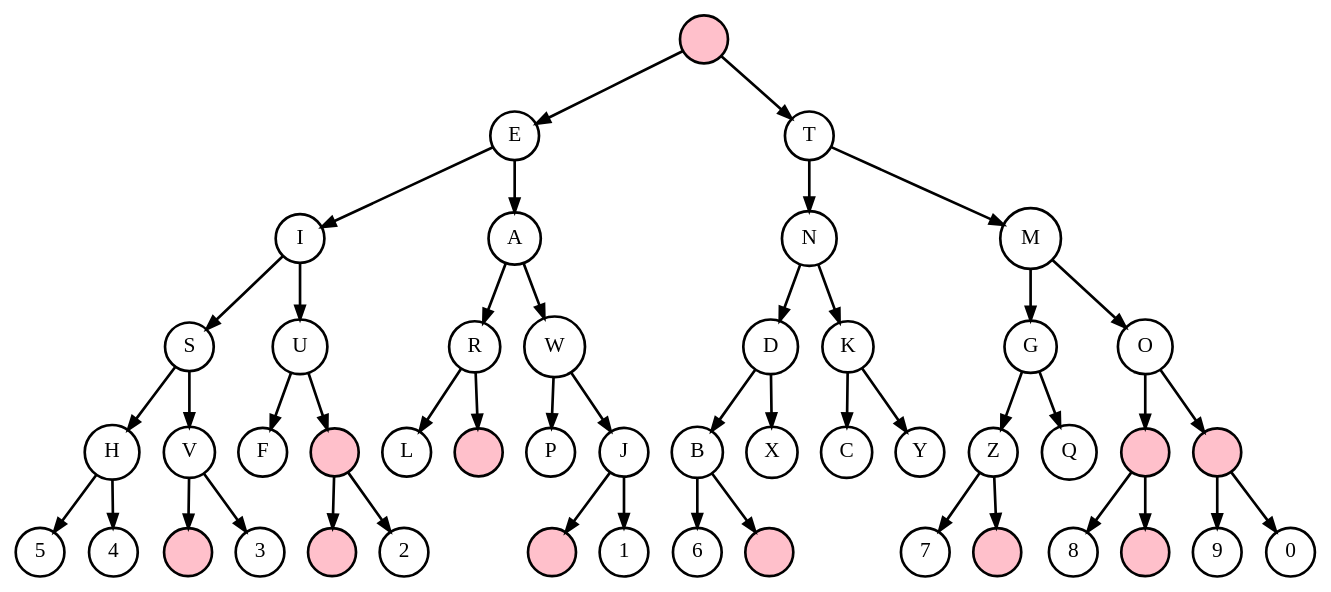
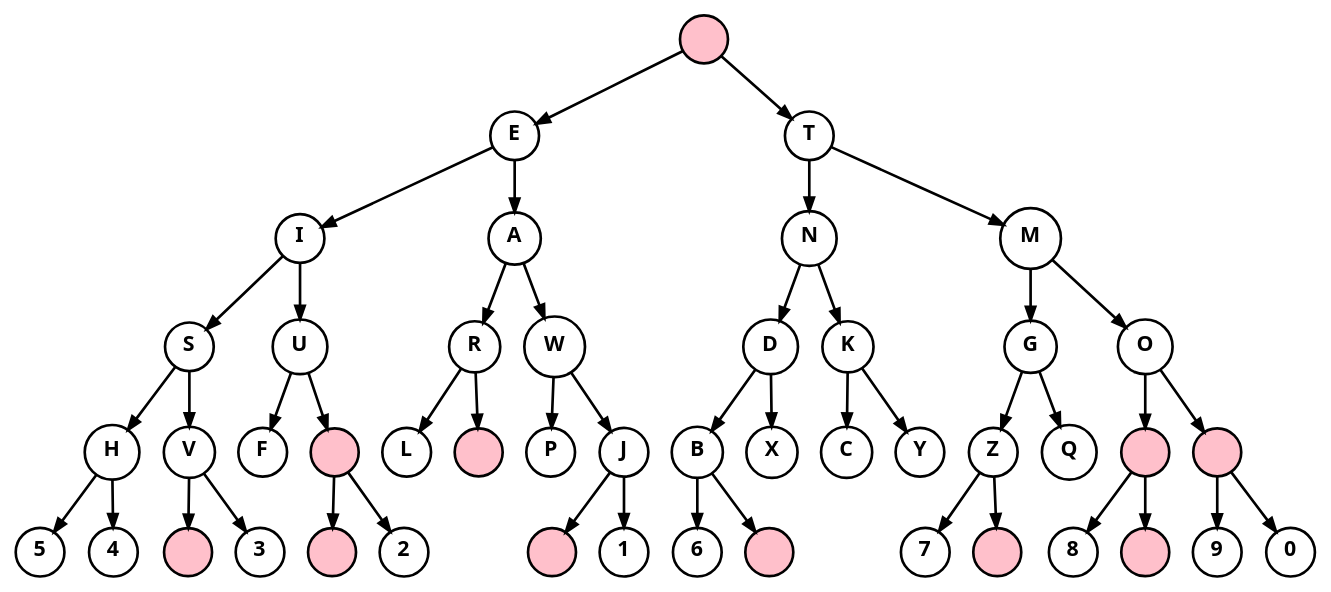
One commit to skeeto/skeeto.github.com changed the diagram in img/diagram/morse.dot. Above: the diagram before and after it, drawn with Graphviz. The commit also changed 9 other files, not shown here.

Commit message:
Use SVG graphics for all diagrams

```diff
--- a/img/diagram/morse.dot
+++ b/img/diagram/morse.dot
@@ -1,38 +1,76 @@
 digraph {
-    node [shape=circle,fontname="Noto Sans Bold",fontsize=16,penwidth=2];
+    node [shape=circle fontname="sans" fontsize=16 penwidth=2];
     edge [penwidth=2]
     a->E; a->T;
     E->I; E->A;
     T->N; T->M;
     I->S; I->U;
     A->R; A->W;
     N->D; N->K;
     M->G; M->O;
     S->H; S->V;
     U->F; U->b;
     R->L; R->c;
     W->P; W->J;
     D->B; D->X;
     K->C; K->Y;
     G->Z; G->Q;
     O->d; O->e;
     H->5; H->4;
     V->f; V->3;
     b->g; b->2;
     J->h; J->1;
     B->6; B->i;
     Z->7; Z->j;
     d->8; d->k;
     e->9; e->0;
-    a [label="", shape=circle, style=filled, fillcolor=pink];
-    b [label="", shape=circle, style=filled, fillcolor=pink];
-    c [label="", shape=circle, style=filled, fillcolor=pink];
-    d [label="", shape=circle, style=filled, fillcolor=pink];
-    e [label="", shape=circle, style=filled, fillcolor=pink];
-    f [label="", shape=circle, style=filled, fillcolor=pink];
-    g [label="", shape=circle, style=filled, fillcolor=pink];
-    h [label="", shape=circle, style=filled, fillcolor=pink];
-    i [label="", shape=circle, style=filled, fillcolor=pink];
-    j [label="", shape=circle, style=filled, fillcolor=pink];
-    k [label="", shape=circle, style=filled, fillcolor=pink];
+
+    a [label="" shape=circle style=filled fillcolor=pink];
+    b [label="" shape=circle style=filled fillcolor=pink];
+    c [label="" shape=circle style=filled fillcolor=pink];
+    d [label="" shape=circle style=filled fillcolor=pink];
+    e [label="" shape=circle style=filled fillcolor=pink];
+    f [label="" shape=circle style=filled fillcolor=pink];
+    g [label="" shape=circle style=filled fillcolor=pink];
+    h [label="" shape=circle style=filled fillcolor=pink];
+    i [label="" shape=circle style=filled fillcolor=pink];
+    j [label="" shape=circle style=filled fillcolor=pink];
+    k [label="" shape=circle style=filled fillcolor=pink];
+
+    0 [label=<<b>0</b>>]
+    1 [label=<<b>1</b>>]
+    2 [label=<<b>2</b>>]
+    3 [label=<<b>3</b>>]
+    4 [label=<<b>4</b>>]
+    5 [label=<<b>5</b>>]
+    6 [label=<<b>6</b>>]
+    7 [label=<<b>7</b>>]
+    8 [label=<<b>8</b>>]
+    9 [label=<<b>9</b>>]
+    A [label=<<b>A</b>>]
+    B [label=<<b>B</b>>]
+    C [label=<<b>C</b>>]
+    D [label=<<b>D</b>>]
+    E [label=<<b>E</b>>]
+    F [label=<<b>F</b>>]
+    G [label=<<b>G</b>>]
+    H [label=<<b>H</b>>]
+    I [label=<<b>I</b>>]
+    J [label=<<b>J</b>>]
+    K [label=<<b>K</b>>]
+    L [label=<<b>L</b>>]
+    M [label=<<b>M</b>>]
+    N [label=<<b>N</b>>]
+    O [label=<<b>O</b>>]
+    P [label=<<b>P</b>>]
+    Q [label=<<b>Q</b>>]
+    R [label=<<b>R</b>>]
+    S [label=<<b>S</b>>]
+    T [label=<<b>T</b>>]
+    U [label=<<b>U</b>>]
+    V [label=<<b>V</b>>]
+    W [label=<<b>W</b>>]
+    X [label=<<b>X</b>>]
+    Y [label=<<b>Y</b>>]
+    Z [label=<<b>Z</b>>]
 }
```
